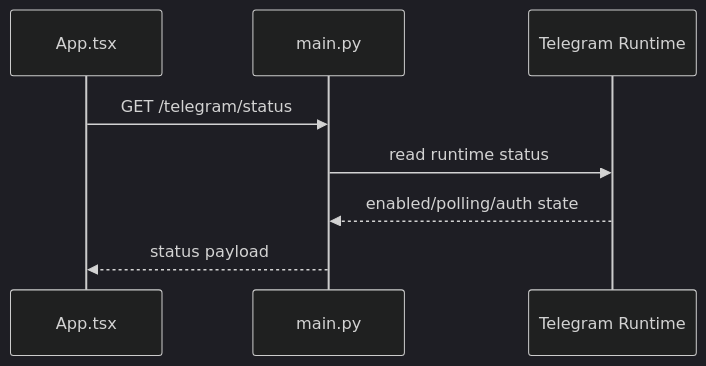
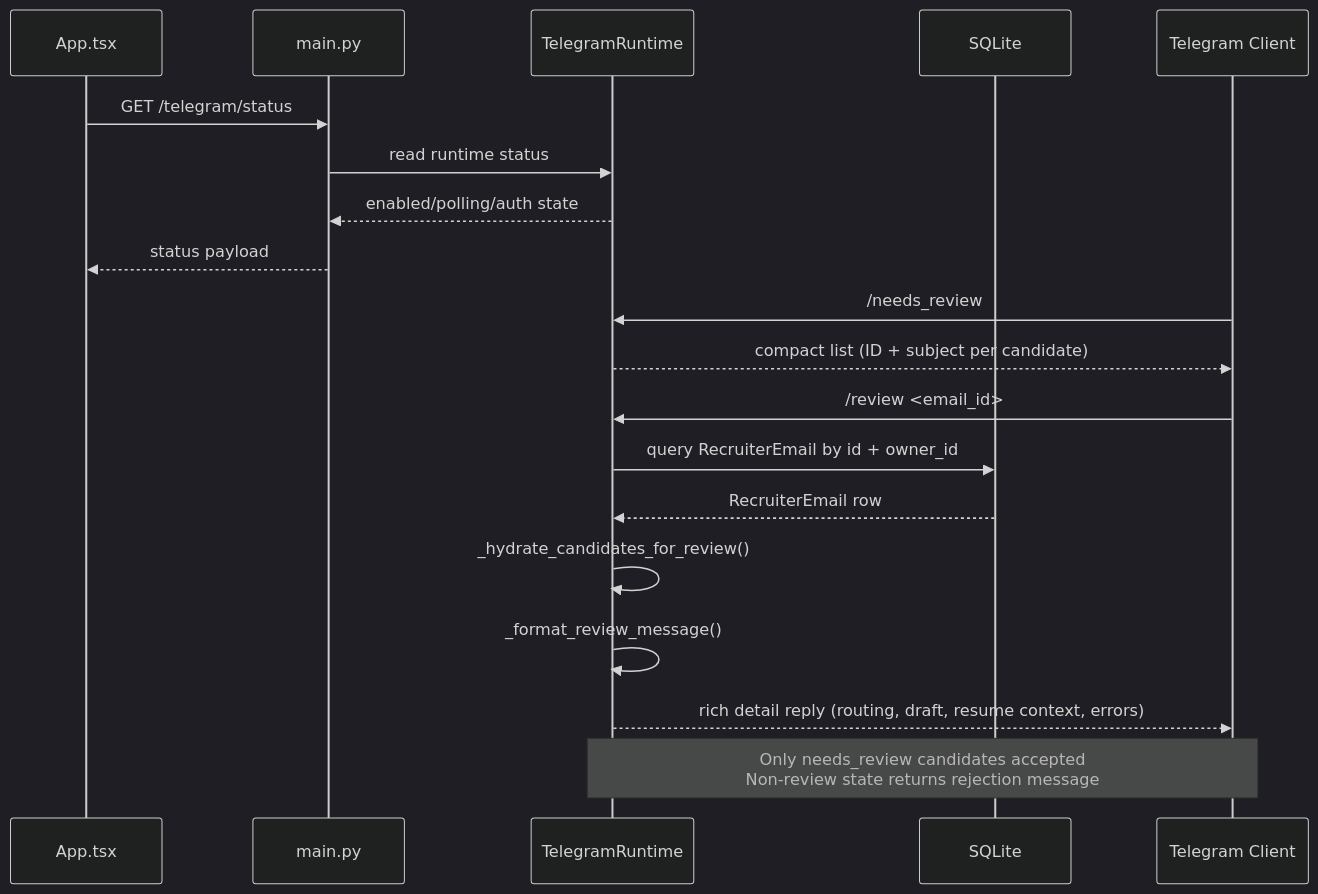
Diagram 20 of 21 in docs/mermaids-features.md (chaitanyadheeraj98/CODEJOB), drawn with Mermaid (dark theme) before and after one commit. The commit also changed other lines of this file and 8 other files, not shown here.

Commit message:
docs: audit docs against telegram needs-review detail flow commit

````diff
--- a/docs/mermaids-features.md
+++ b/docs/mermaids-features.md
@@ -444,10 +449,25 @@
 ```mermaid
 sequenceDiagram
   participant FE as App.tsx
   participant BE as main.py
-  participant TG as Telegram Runtime
+  participant RT as TelegramRuntime
+  participant DB as SQLite
+  participant TG as Telegram Client
+
   FE->>BE: GET /telegram/status
-  BE->>TG: read runtime status
-  TG-->>BE: enabled/polling/auth state
+  BE->>RT: read runtime status
+  RT-->>BE: enabled/polling/auth state
   BE-->>FE: status payload
+
+  TG->>RT: /needs_review
+  RT-->>TG: compact list (ID + subject per candidate)
+
+  TG->>RT: /review <email_id>
+  RT->>DB: query RecruiterEmail by id + owner_id
+  DB-->>RT: RecruiterEmail row
+  RT->>RT: _hydrate_candidates_for_review()
+  RT->>RT: _format_review_message()
+  RT-->>TG: rich detail reply (routing, draft, resume context, errors)
+
+  note over RT,TG: Only needs_review candidates accepted<br/>Non-review state returns rejection message
 ```
````
